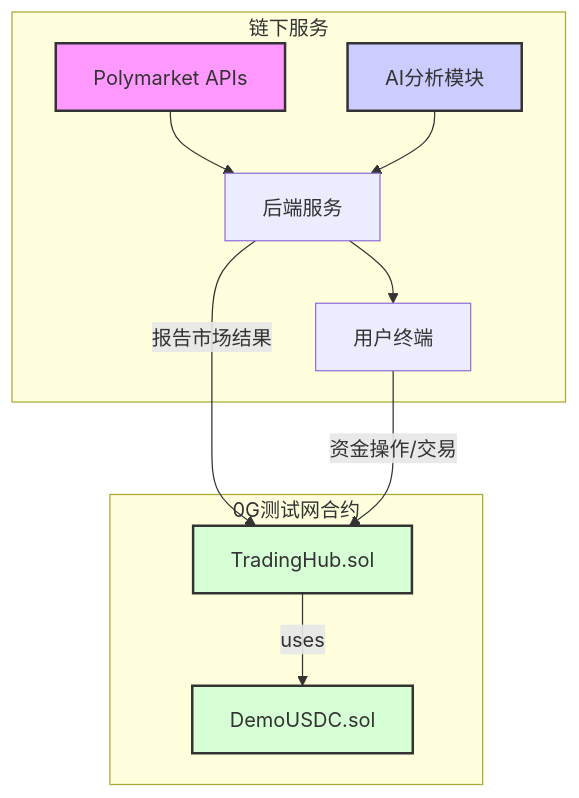
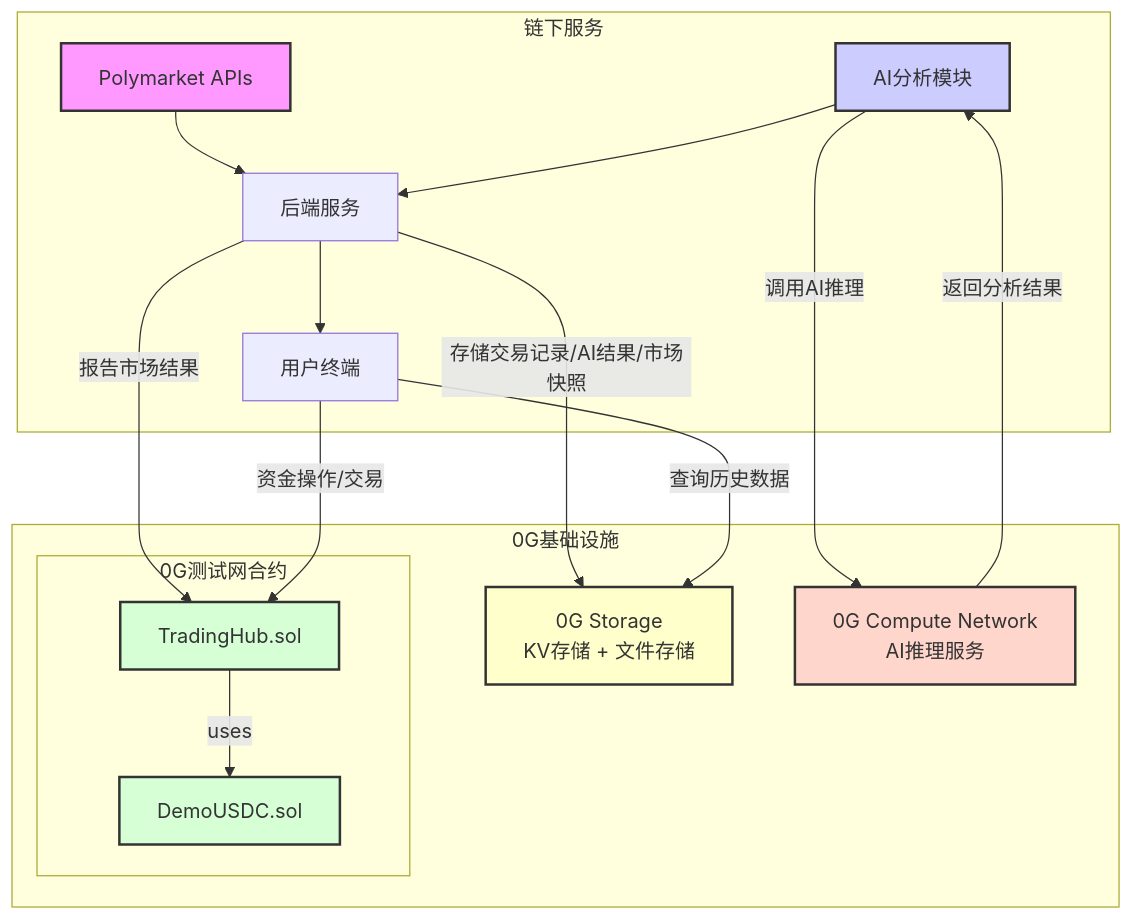
Before and after one commit to yjz94123/0G-hack: the diagram in 预测市场聚合交易终端 - 产品需求文档 (PRD).md, drawn with Mermaid. The commit also changed other lines of this file, not shown here.

````diff
--- a/预测市场聚合交易终端 - 产品需求文档 (PRD).md
+++ b/预测市场聚合交易终端 - 产品需求文档 (PRD).md
@@ -31,26 +33,36 @@
 ```mermaid
 graph TD
     subgraph OffChain[链下服务]
         A[Polymarket APIs]
         B[AI分析模块]
         C[后端服务]
         D[用户终端]
     end
 
-    subgraph OnChain[0G测试网合约]
-        E[DemoUSDC.sol]
-        F[TradingHub.sol]
+    subgraph ZeroG_Infra[0G基础设施]
+        subgraph OnChain[0G测试网合约]
+            E[DemoUSDC.sol]
+            F[TradingHub.sol]
+        end
+        G[0G Storage<br/>KV存储 + 文件存储]
+        H[0G Compute Network<br/>AI推理服务]
     end
 
     A --> C
+    B -- 调用AI推理 --> H
+    H -- 返回分析结果 --> B
     B --> C
     C --> D
     C -- 报告市场结果 --> F
+    C -- 存储交易记录/AI结果/市场快照 --> G
     D -- 资金操作/交易 --> F
+    D -- 查询历史数据 --> G
     F -- uses --> E
 
     style A fill:#f9f,stroke:#333,stroke-width:2px
     style B fill:#ccf,stroke:#333,stroke-width:2px
     style E fill:#d6ffd6,stroke:#333,stroke-width:2px
     style F fill:#d6ffd6,stroke:#333,stroke-width:2px
+    style G fill:#ffffcc,stroke:#333,stroke-width:2px
+    style H fill:#ffd6cc,stroke:#333,stroke-width:2px
 ```
````
